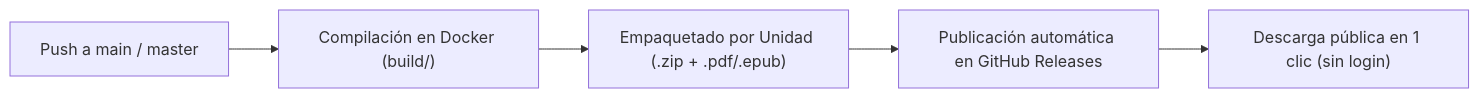
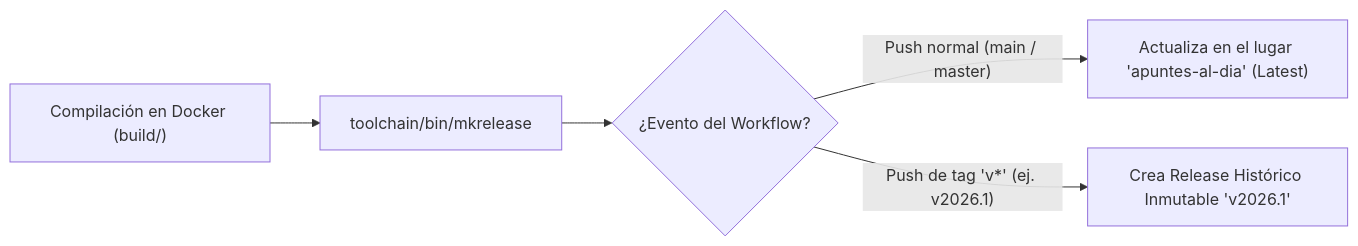
The diagram in docs/specs/06-publicacion-ordenada-en-releases.md (Gez-Schegtel/ASI-test), drawn with Mermaid before and after one commit. The commit also changed other lines of this file and 7 other files, not shown here.

First line of the commit message:
feat(releases): unificar publicación en release continuo apuntes-al-dia y snapshots v* (Spec 06)

````diff
--- a/docs/specs/06-publicacion-ordenada-en-releases.md
+++ b/docs/specs/06-publicacion-ordenada-en-releases.md
@@ -30,7 +22,7 @@
 ```mermaid
 flowchart LR
-    A["Push a main / master"] --> B["Compilación en Docker (build/)"]
-    B --> C["Empaquetado por Unidad (.zip + .pdf/.epub)"]
-    C --> D["Publicación automática en GitHub Releases"]
-    D --> E["Descarga pública en 1 clic (sin login)"]
+    A["Compilación en Docker (build/)"] --> B["toolchain/bin/mkrelease"]
+    B --> C{"¿Evento del Workflow?"}
+    C -- "Push normal (main / master)" --> D["Actualiza en el lugar 'apuntes-al-dia' (Latest)"]
+    C -- "Push de tag 'v*' (ej. v2026.1)" --> E["Crea Release Histórico Inmutable 'v2026.1'"]
 ```
````
